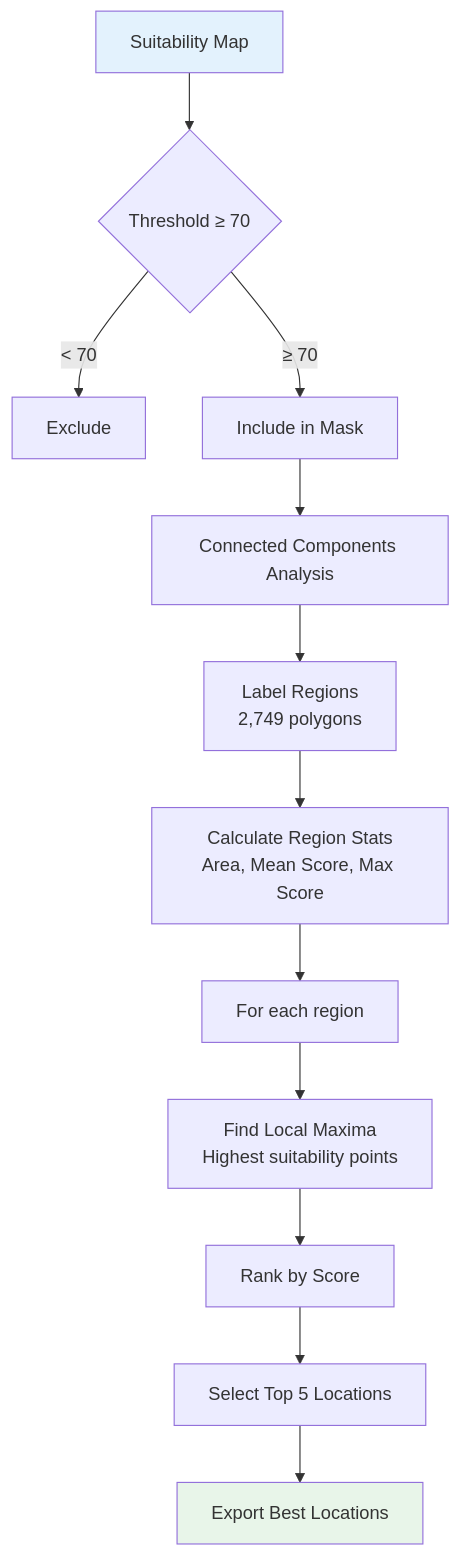
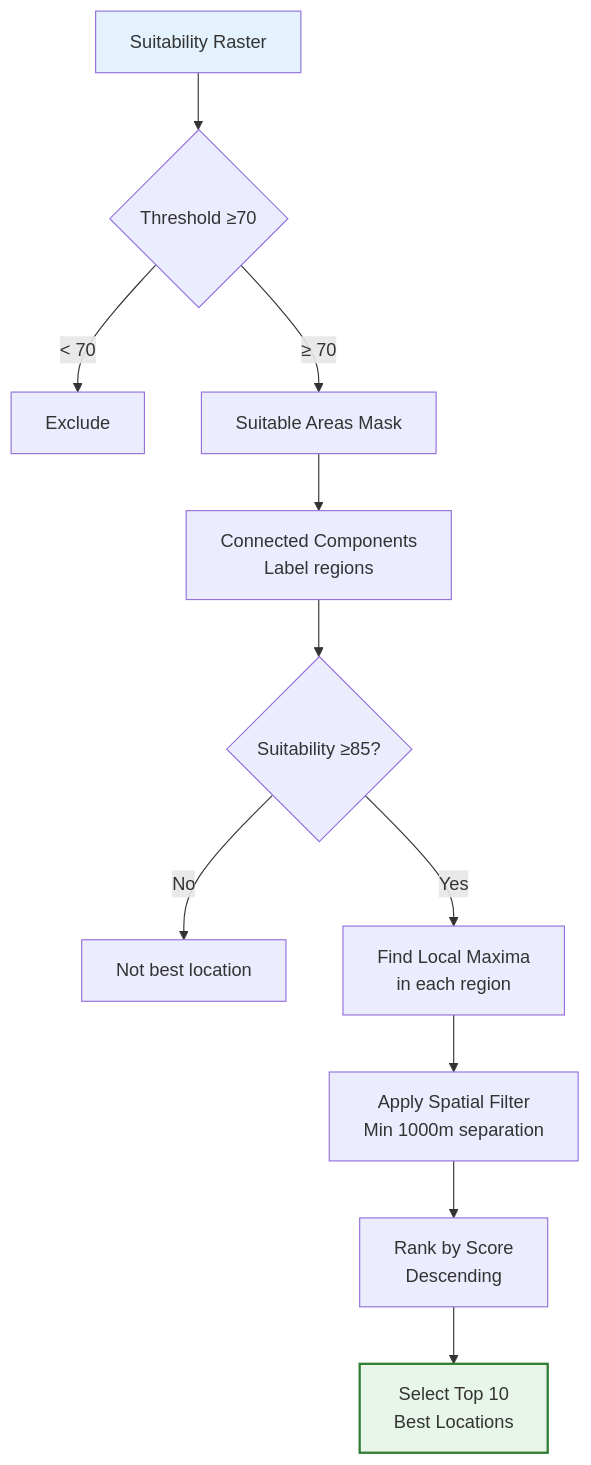
One commit to AmroEid77/GeoCodex changed the fifth of 7 diagrams in skiing_resort_analysis/README.md. Above: the diagram before and after it, drawn with Mermaid. The commit also changed other lines of this file, not shown here.

````diff
--- a/skiing_resort_analysis/README.md
+++ b/skiing_resort_analysis/README.md
@@ -895,17 +355,19 @@
 ```mermaid
 graph TD
-    A[Suitability Map] --> B{Threshold ≥ 70}
-    B -->|"< 70"| C[Exclude]
-    B -->|"≥ 70"| D[Include in Mask]
-    D --> E[Connected Components Analysis]
-    E --> F[Label Regions<br/>2,749 polygons]
-    F --> G[Calculate Region Stats<br/>Area, Mean Score, Max Score]
-    G --> H[For each region]
-    H --> I[Find Local Maxima<br/>Highest suitability points]
-    I --> J[Rank by Score]
-    J --> K[Select Top 5 Locations]
-    K --> L[Export Best Locations]
+    A[Suitability Raster] --> B{Threshold ≥70}
+    B -->|< 70| C[Exclude]
+    B -->|≥ 70| D[Suitable Areas Mask]
+    
+    D --> E[Connected Components<br/>Label regions]
+    E --> F{Suitability ≥85?}
+    
+    F -->|No| G[Not best location]
+    F -->|Yes| H[Find Local Maxima<br/>in each region]
+    
+    H --> I[Apply Spatial Filter<br/>Min 1000m separation]
+    I --> J[Rank by Score<br/>Descending]
+    J --> K[Select Top 10<br/>Best Locations]
     
     style A fill:#e3f2fd
-    style L fill:#e8f5e9
+    style K fill:#e8f5e9,stroke:#2e7d32,stroke-width:2px
 ```
````
